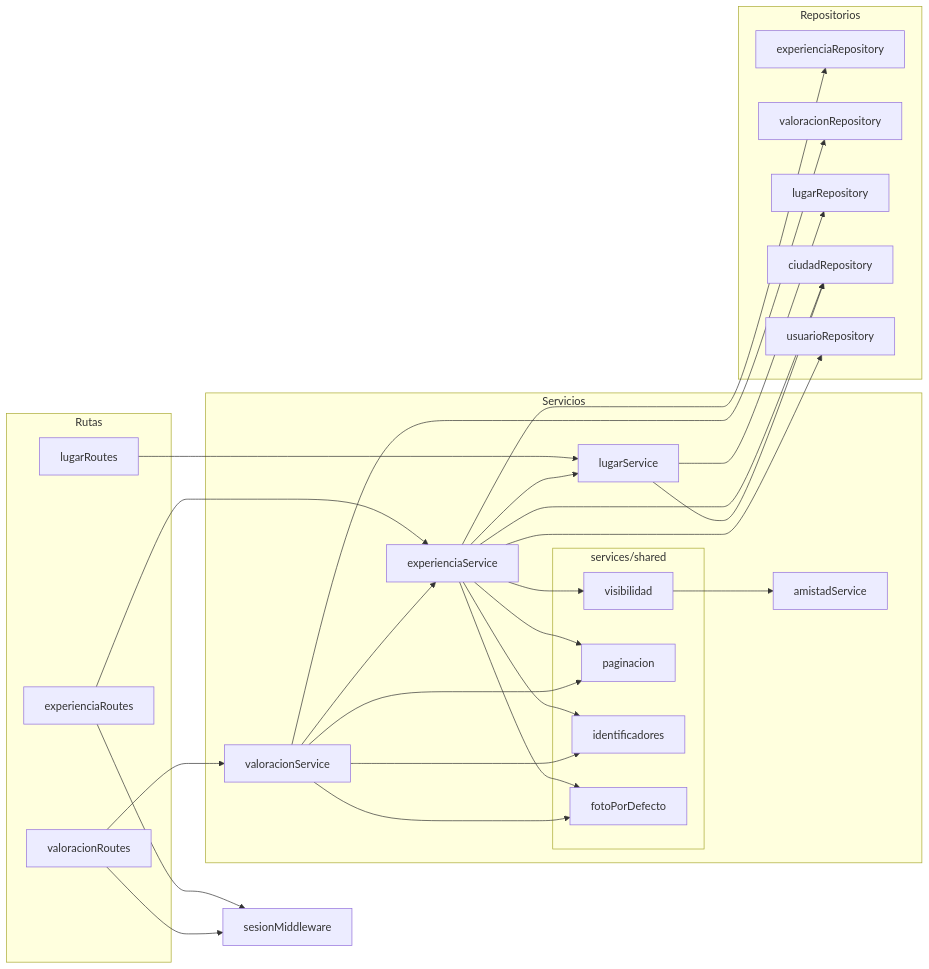
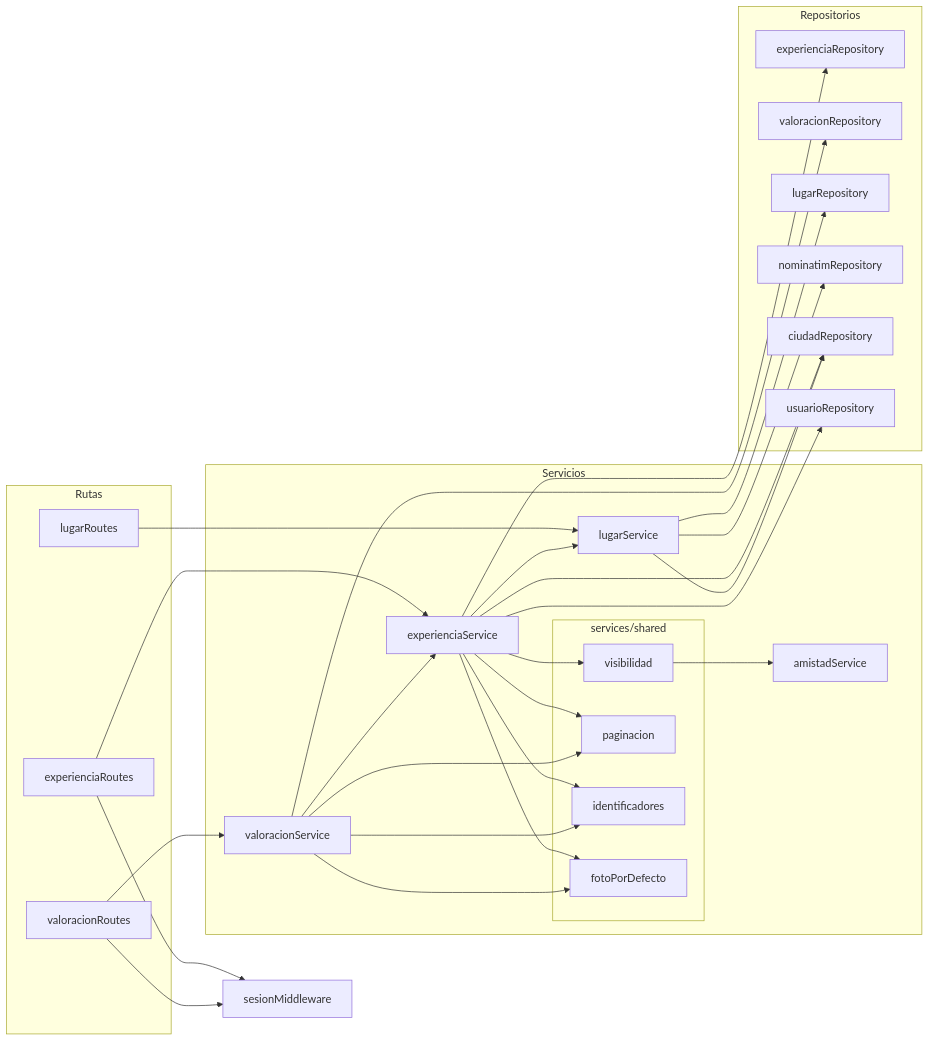
The fourth of 6 diagrams in documentacion/arquitectura.md (Matthew-PV/ISW-Practica), drawn with Mermaid before and after one commit. The commit also changed other lines of this file and 21 other files, not shown here.

````diff
--- a/documentacion/arquitectura.md
+++ b/documentacion/arquitectura.md
@@ -166,37 +166,38 @@
 ```mermaid
 flowchart LR
   subgraph Rutas
     experienciaR[experienciaRoutes]
     valoracionR[valoracionRoutes]
     lugarR[lugarRoutes]
   end
   sesionM[sesionMiddleware]
   subgraph Servicios
     experienciaS[experienciaService]
     valoracionS[valoracionService]
     lugarS[lugarService]
     amistadS[amistadService]
     subgraph serviciosShared["services/shared"]
       visibilidadSh[visibilidad]
       paginacionSh[paginacion]
       idSh[identificadores]
       fotoSh[fotoPorDefecto]
     end
   end
   subgraph Repositorios
     experienciaRep[experienciaRepository]
     valoracionRep[valoracionRepository]
     lugarRep[lugarRepository]
+    nominatimRep[nominatimRepository]
     ciudadRep[ciudadRepository]
     usuarioRep[usuarioRepository]
   end
 
   experienciaR & valoracionR --> sesionM
   experienciaR --> experienciaS
   valoracionR --> valoracionS
   lugarR --> lugarS
   experienciaS --> experienciaRep & lugarS & ciudadRep & usuarioRep & visibilidadSh & paginacionSh & idSh & fotoSh
-  lugarS --> lugarRep & ciudadRep
+  lugarS --> lugarRep & ciudadRep & nominatimRep
   valoracionS --> experienciaS & valoracionRep & paginacionSh & idSh & fotoSh
   visibilidadSh --> amistadS
 ```
````
